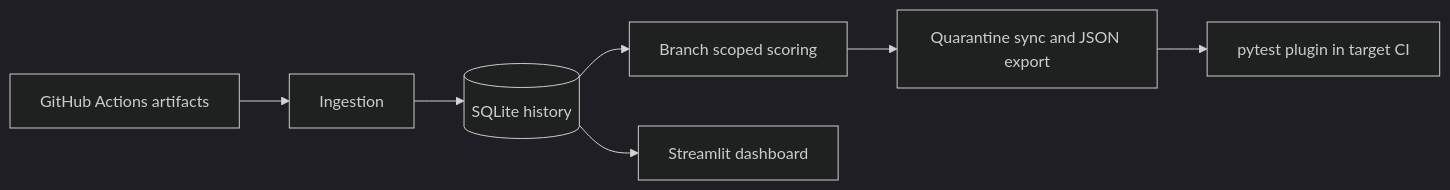
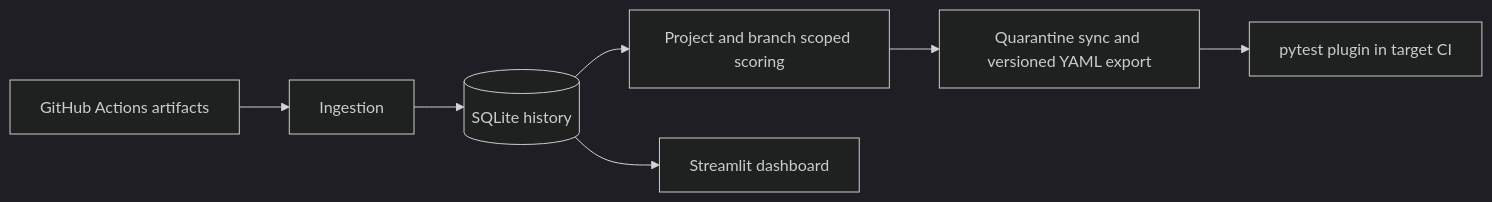
Before and after one commit to DakshUbhadia/ChilliFlake: the diagram in README.md, drawn with Mermaid (dark theme). The commit also changed other lines of this file and 24 other files, not shown here.

````diff
--- a/README.md
+++ b/README.md
@@ -5,9 +5,9 @@
 ```mermaid
 flowchart LR
   A[GitHub Actions artifacts] --> B[Ingestion]
   B --> C[(SQLite history)]
-  C --> D[Branch scoped scoring]
-  D --> E[Quarantine sync and JSON export]
+  C --> D[Project and branch scoped scoring]
+  D --> E[Quarantine sync and versioned YAML export]
   E --> F[pytest plugin in target CI]
   C --> G[Streamlit dashboard]
 ```
````
